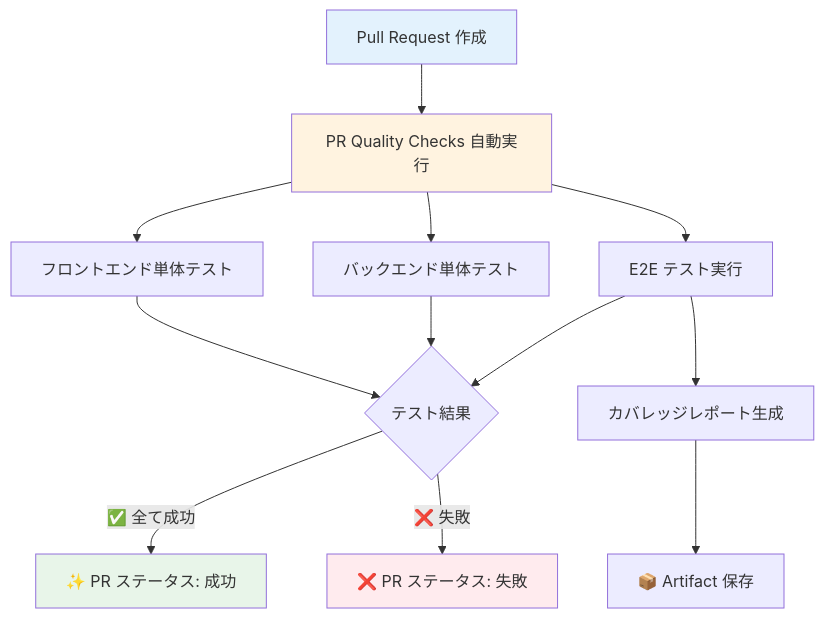
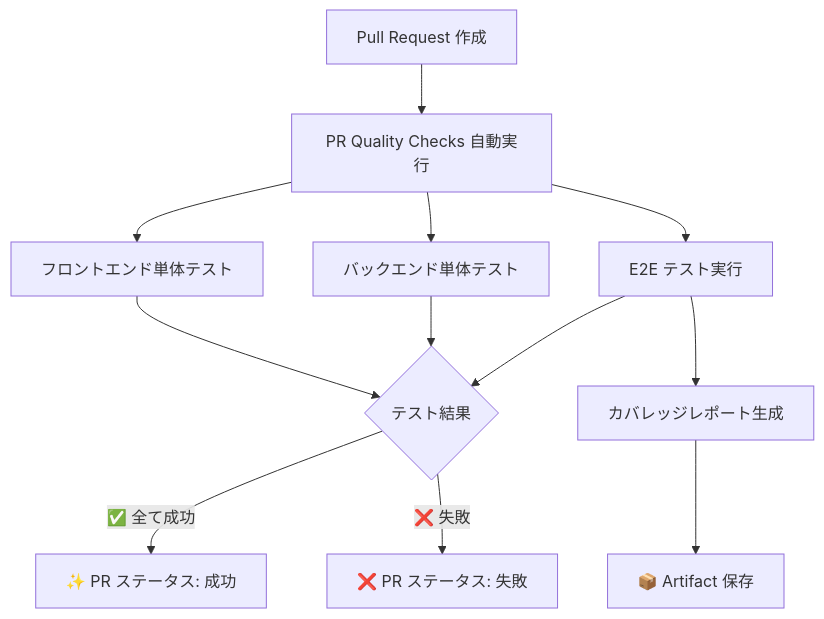
The fourth of 10 diagrams in README.md (cocomomojo/test_app), drawn with Mermaid before and after one commit. The commit also changed other lines of this file, not shown here.

Commit message:
Remove custom colors from all mermaid diagrams for dark mode compatibility

````diff
--- a/README.md
+++ b/README.md
@@ -404,23 +393,18 @@
 ```mermaid
 graph TD
     A[Pull Request 作成] --> B[PR Quality Checks 自動実行]
     
     B --> C[フロントエンド単体テスト]
     B --> D[バックエンド単体テスト]
     B --> E[E2E テスト実行]
     
     C --> F{テスト結果}
     D --> F
     E --> F
     
     F -->|✅ 全て成功| G[✨ PR ステータス: 成功]
     F -->|❌ 失敗| H[❌ PR ステータス: 失敗]
     
     E --> I[カバレッジレポート生成]
     I --> J[📦 Artifact 保存]
-    
-    style A fill:#e3f2fd
-    style B fill:#fff3e0
-    style G fill:#e8f5e9
-    style H fill:#ffebee
 ```
````
